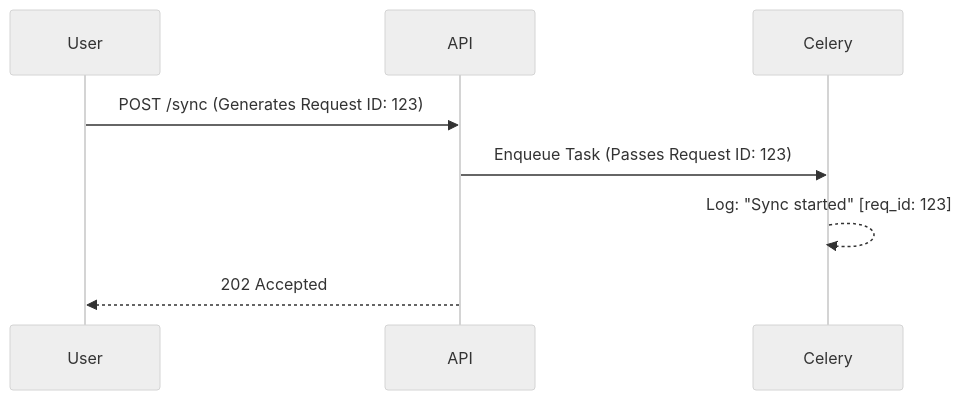
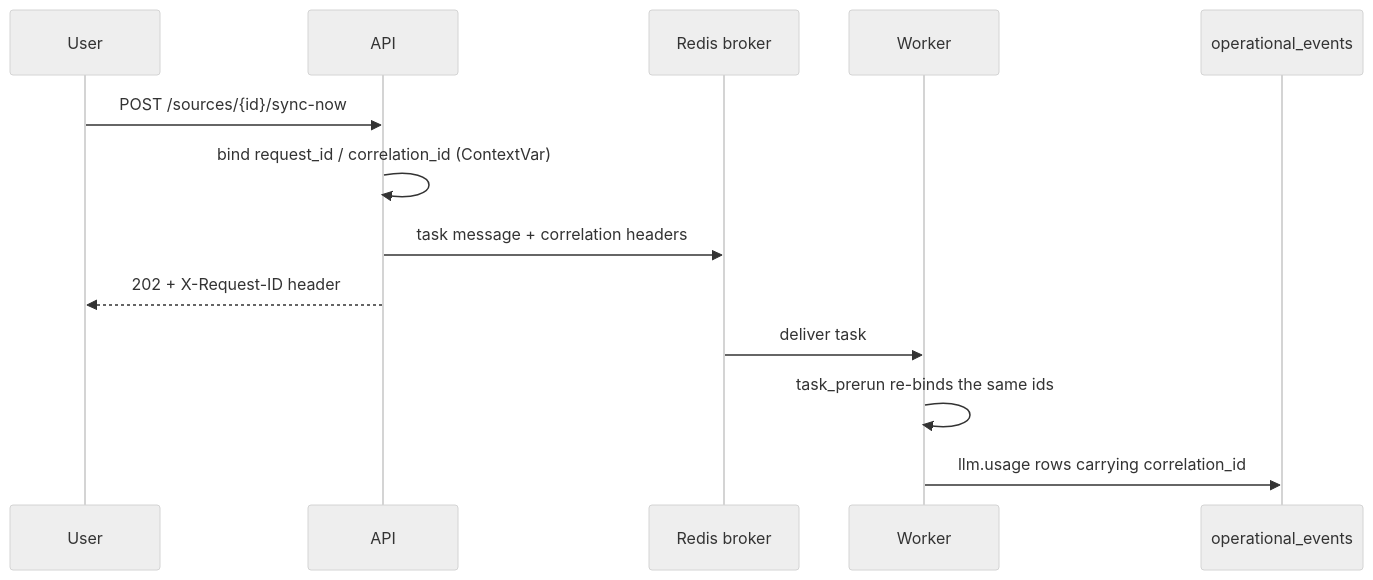
The diagram in docs/14_Debugging_Guide.md (Valuedx/ContextEdge), drawn with Mermaid (neutral theme) before and after one commit. The commit also changed other lines of this file and 48 other files, not shown here.

````diff
--- a/docs/14_Debugging_Guide.md
+++ b/docs/14_Debugging_Guide.md
@@ -116,10 +104,15 @@
 ```mermaid
 sequenceDiagram
     participant User
     participant API
-    participant Celery
-    User->>API: POST /sync (Generates Request ID: 123)
-    API->>Celery: Enqueue Task (Passes Request ID: 123)
-    Celery-->>Celery: Log: "Sync started" [req_id: 123]
-    API-->>User: 202 Accepted
+    participant Redis as Redis broker
+    participant Worker
+    participant DB as operational_events
+    User->>API: POST /sources/{id}/sync-now
+    API->>API: bind request_id / correlation_id (ContextVar)
+    API->>Redis: task message + correlation headers
+    API-->>User: 202 + X-Request-ID header
+    Redis->>Worker: deliver task
+    Worker->>Worker: task_prerun re-binds the same ids
+    Worker->>DB: llm.usage rows carrying correlation_id
 ```
````
